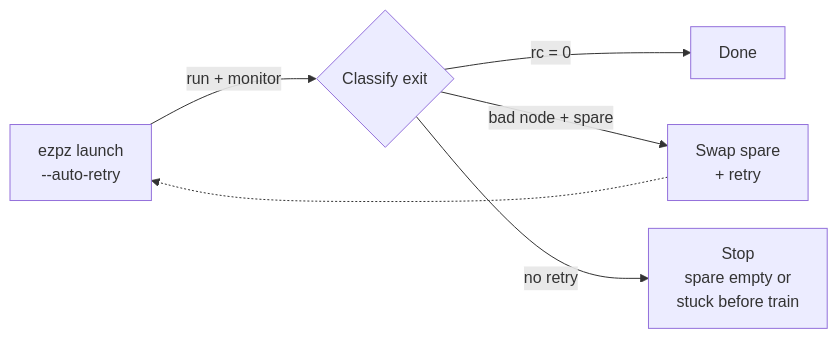
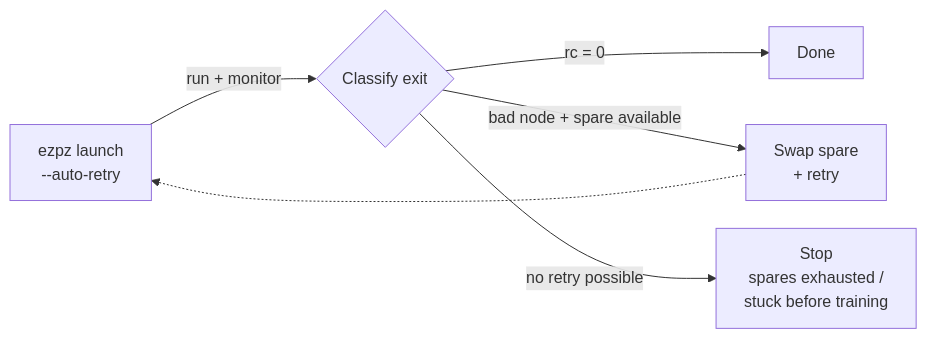
The second of 6 diagrams in web/src/pages/talks/2026/10/30/index.mdx (saforem2/samf.sh), drawn with Mermaid before and after one commit. The commit also changed other lines of this file and 7 other files, not shown here.

First line of the commit message:
fix(depend): refinements (bar chart, SFT chart, PTC clone, links) (#59)

````diff
--- a/web/src/pages/talks/2026/10/30/index.mdx
+++ b/web/src/pages/talks/2026/10/30/index.mdx
@@ -481,11 +496,11 @@
 ```mermaid
 %%{init: {'flowchart': {'nodeSpacing': 22, 'rankSpacing': 70, 'padding': 14}}}%%
 flowchart LR
     LAUNCH["ezpz launch<br/>--auto-retry"] -->|run + monitor| CLASSIFY{"Classify exit"}
     CLASSIFY -->|rc = 0| DONE["Done"]
-    CLASSIFY -->|"bad node + spare"| SWAP["Swap spare<br/>+ retry"]
+    CLASSIFY -->|bad node + spare available| SWAP["Swap spare<br/>+ retry"]
     SWAP -.-> LAUNCH
-    CLASSIFY -->|no retry| STOP["Stop<br/>spare empty or<br/>stuck before train"]
+    CLASSIFY -->|no retry possible| STOP["Stop<br/>spares exhausted /<br/>stuck before training"]
     class DONE retry-done
     class STOP retry-stop
 ```
````
